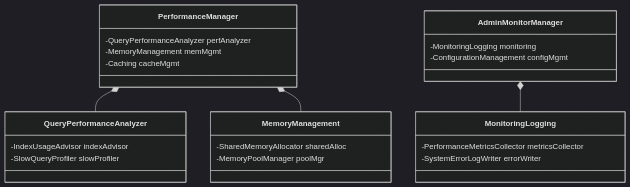
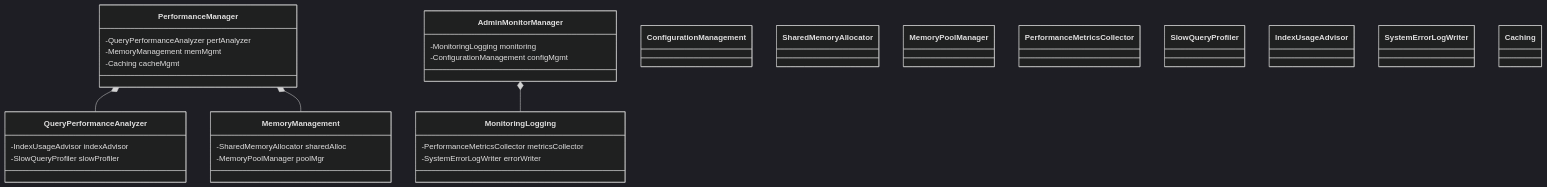
The ninth of 9 diagrams in README.md (TamBui1706/DBMS), drawn with Mermaid (dark theme) before and after one commit. The commit also changed other lines of this file, not shown here.

Commit message:
Fix GitHub Mermaid strict parser issues: explicitly define all referenced classes in classDiagrams, simplify types

````diff
--- a/README.md
+++ b/README.md
@@ -733,28 +781,36 @@
 ```mermaid
 classDiagram
     class PerformanceManager {
         -QueryPerformanceAnalyzer perfAnalyzer
         -MemoryManagement memMgmt
         -Caching cacheMgmt
     }
     class QueryPerformanceAnalyzer {
         -IndexUsageAdvisor indexAdvisor
         -SlowQueryProfiler slowProfiler
     }
     class MemoryManagement {
         -SharedMemoryAllocator sharedAlloc
         -MemoryPoolManager poolMgr
     }
     class AdminMonitorManager {
         -MonitoringLogging monitoring
         -ConfigurationManagement configMgmt
     }
     class MonitoringLogging {
         -PerformanceMetricsCollector metricsCollector
         -SystemErrorLogWriter errorWriter
     }
 
     PerformanceManager *-- QueryPerformanceAnalyzer
     PerformanceManager *-- MemoryManagement
     AdminMonitorManager *-- MonitoringLogging
+    class ConfigurationManagement
+    class SharedMemoryAllocator
+    class MemoryPoolManager
+    class PerformanceMetricsCollector
+    class SlowQueryProfiler
+    class IndexUsageAdvisor
+    class SystemErrorLogWriter
+    class Caching
 ```
````
